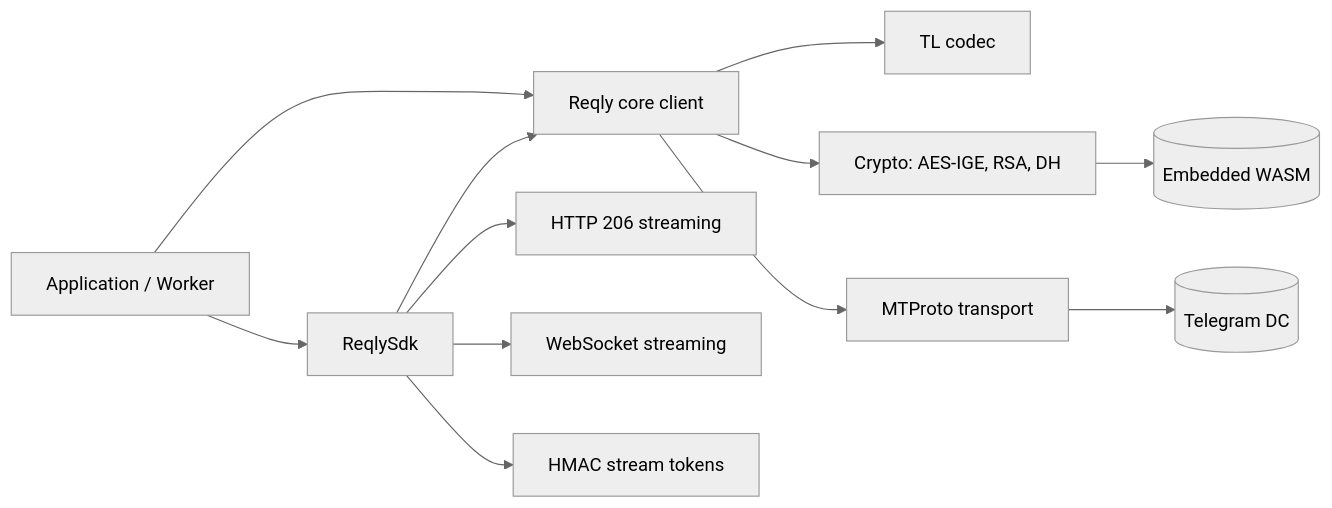
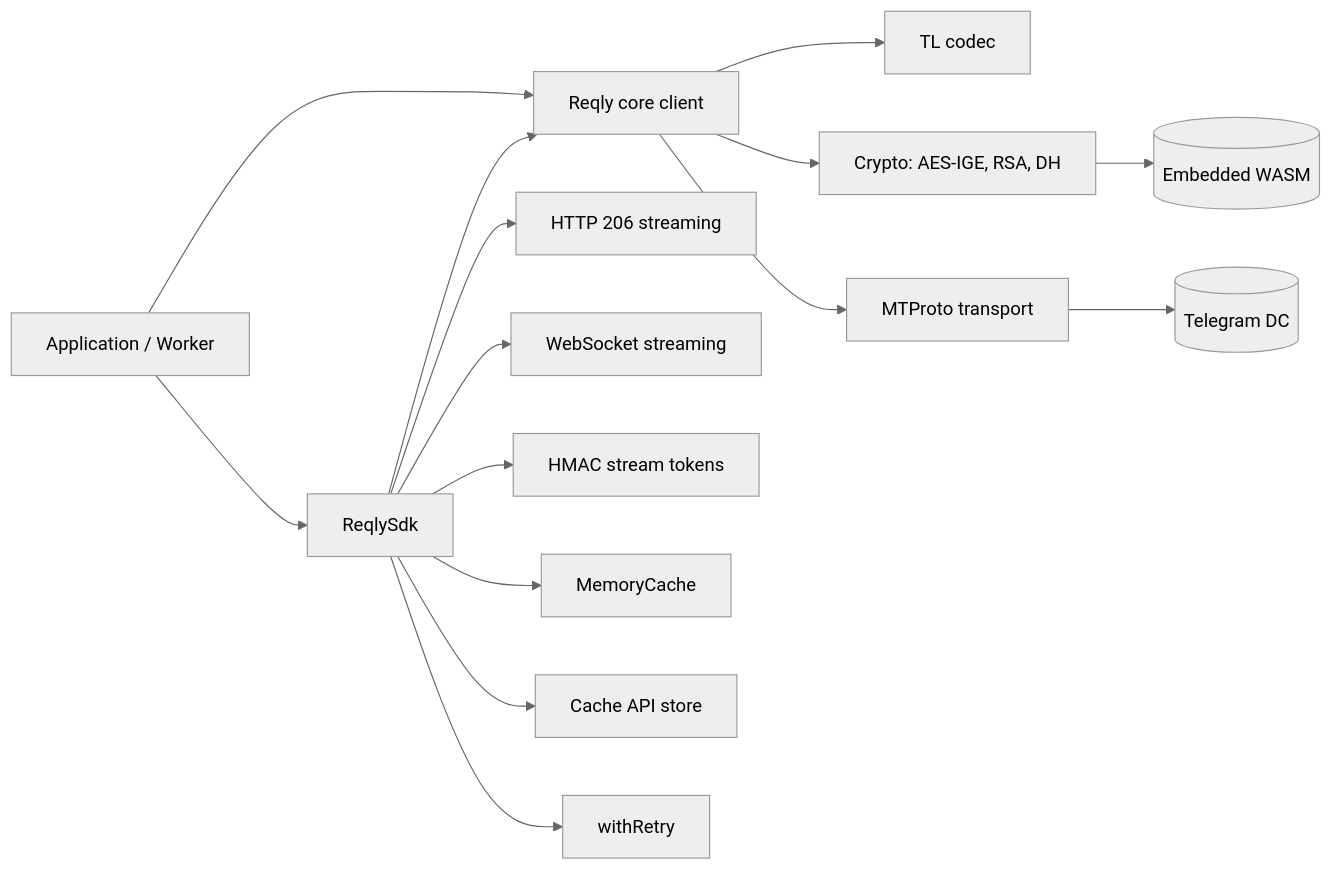
Before and after one commit to JamalMellouki/reqly-mtproto: the first of 4 diagrams in docs/ARCHITECTURE.md, drawn with Mermaid (neutral theme). The commit also changed other lines of this file and 32 other files, not shown here.

````diff
--- a/docs/ARCHITECTURE.md
+++ b/docs/ARCHITECTURE.md
@@ -12,14 +12,17 @@
 ```mermaid
 flowchart LR
     A[Application / Worker] --> S[ReqlySdk]
     A --> C[Reqly core client]
     S --> C
     C --> T[TL codec]
     C --> K[Crypto: AES-IGE, RSA, DH]
     K --> W[(Embedded WASM)]
     C --> X[MTProto transport]
     X --> D[(Telegram DC)]
     S --> H[HTTP 206 streaming]
     S --> WS[WebSocket streaming]
     S --> TK[HMAC stream tokens]
+    S --> M[MemoryCache]
+    S --> CA[Cache API store]
+    S --> R[withRetry]
 ```
````
